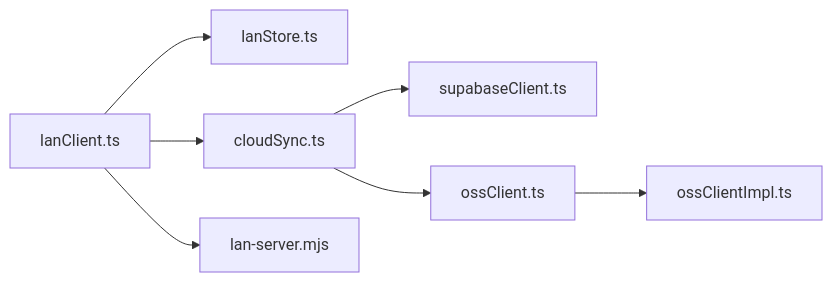
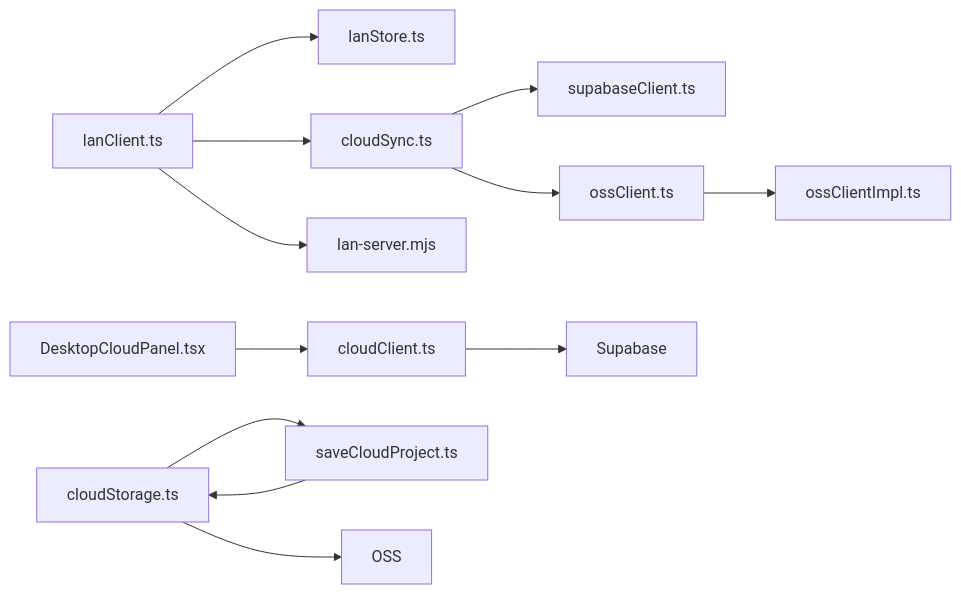
One commit to suqi-bot/SuQCanvas changed the sixth of 6 diagrams in .qoder/repowiki/zh/content/项目概述/核心功能/协作同步系统/协作同步系统.md. Above: the diagram before and after it, drawn with Mermaid. The commit also changed other lines of this file and 93 other files, not shown here.

````diff
--- a/.qoder/repowiki/zh/content/项目概述/核心功能/协作同步系统/协作同步系统.md
+++ b/.qoder/repowiki/zh/content/项目概述/核心功能/协作同步系统/协作同步系统.md
@@ -250,9 +333,14 @@
 ```mermaid
 graph LR
 LC["lanClient.ts"] --> LS["lanStore.ts"]
 LC --> CS["cloudSync.ts"]
 CS --> SB["supabaseClient.ts"]
 CS --> OSSC["ossClient.ts"]
 OSSC --> OSSI["ossClientImpl.ts"]
 LC --> SRV["lan-server.mjs"]
+DCP["DesktopCloudPanel.tsx"] --> DCC["cloudClient.ts"]
+DCS["DesktopCloudSaveButton.tsx"] --> DSC["saveCloudProject.ts"]
+DSC --> DCS["cloudStorage.ts"]
+DCC --> SUP["Supabase"]
+DCS --> OSS["OSS"]
 ```
````
